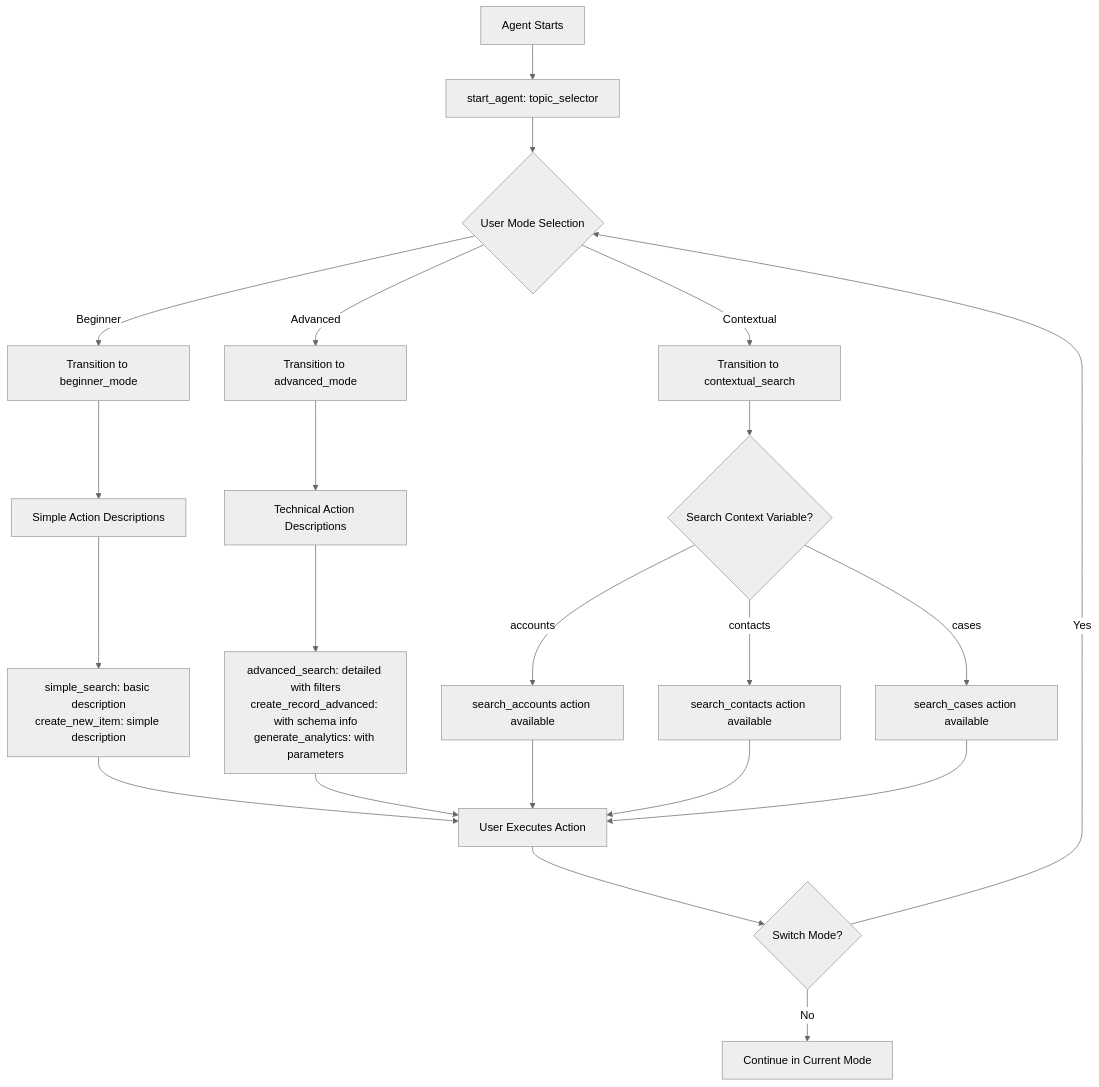
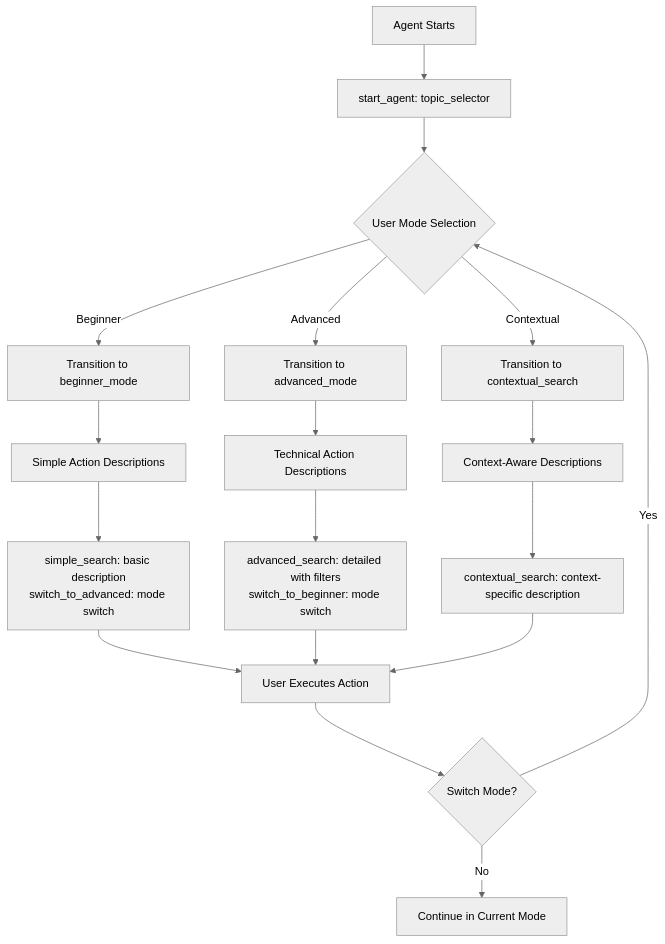
One commit to YashwanthRao95/agent-script-recipes changed the diagram in force-app/main/02_actionConfiguration/actionDescriptionOverrides/README.md. Above: the diagram before and after it, drawn with Mermaid. The commit also changed other lines of this file and 13 other files, not shown here.

````diff
--- a/force-app/main/02_actionConfiguration/actionDescriptionOverrides/README.md
+++ b/force-app/main/02_actionConfiguration/actionDescriptionOverrides/README.md
@@ -9,25 +9,21 @@
 ```mermaid
 %%{init: {'theme':'neutral'}}%%
 graph TD
     A[Agent Starts] --> B[start_agent: topic_selector]
     B --> C{User Mode Selection}
     C -->|Beginner| D[Transition to beginner_mode]
     C -->|Advanced| E[Transition to advanced_mode]
     C -->|Contextual| F[Transition to contextual_search]
     D --> G[Simple Action Descriptions]
-    G --> H[simple_search: basic description<br/>create_new_item: simple description]
+    G --> H[simple_search: basic description<br/>switch_to_advanced: mode switch]
     E --> I[Technical Action Descriptions]
-    I --> J[advanced_search: detailed with filters<br/>create_record_advanced: with schema info<br/>generate_analytics: with parameters]
-    F --> K{Search Context Variable?}
-    K -->|accounts| L[search_accounts action available]
-    K -->|contacts| M[search_contacts action available]
-    K -->|cases| N[search_cases action available]
-    H --> O[User Executes Action]
-    J --> O
-    L --> O
-    M --> O
-    N --> O
-    O --> P{Switch Mode?}
-    P -->|Yes| C
-    P -->|No| Q[Continue in Current Mode]
+    I --> J[advanced_search: detailed with filters<br/>switch_to_beginner: mode switch]
+    F --> K[Context-Aware Descriptions]
+    K --> L[contextual_search: context-specific description]
+    H --> M[User Executes Action]
+    J --> M
+    L --> M
+    M --> N{Switch Mode?}
+    N -->|Yes| C
+    N -->|No| O[Continue in Current Mode]
 ```
````
